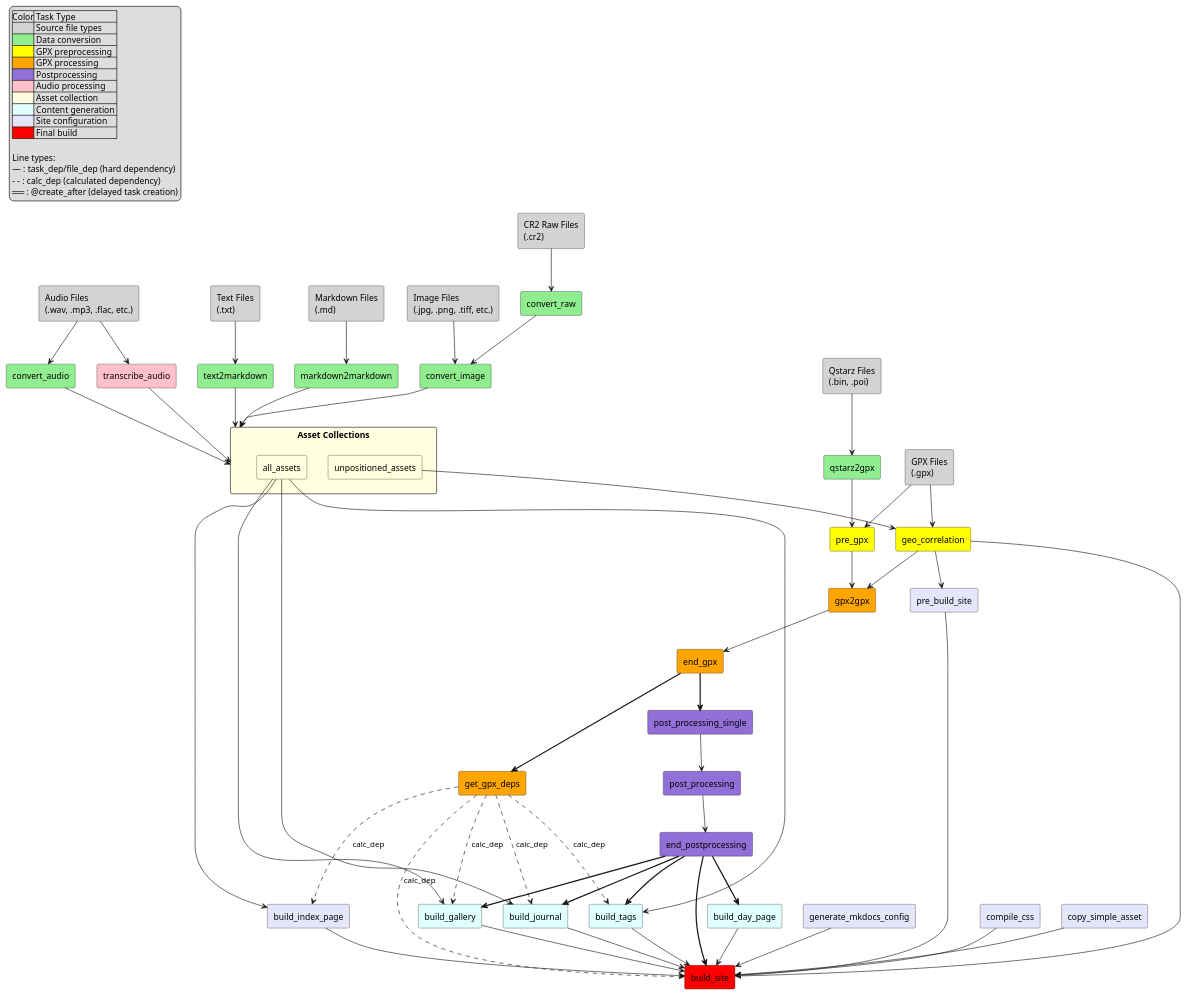
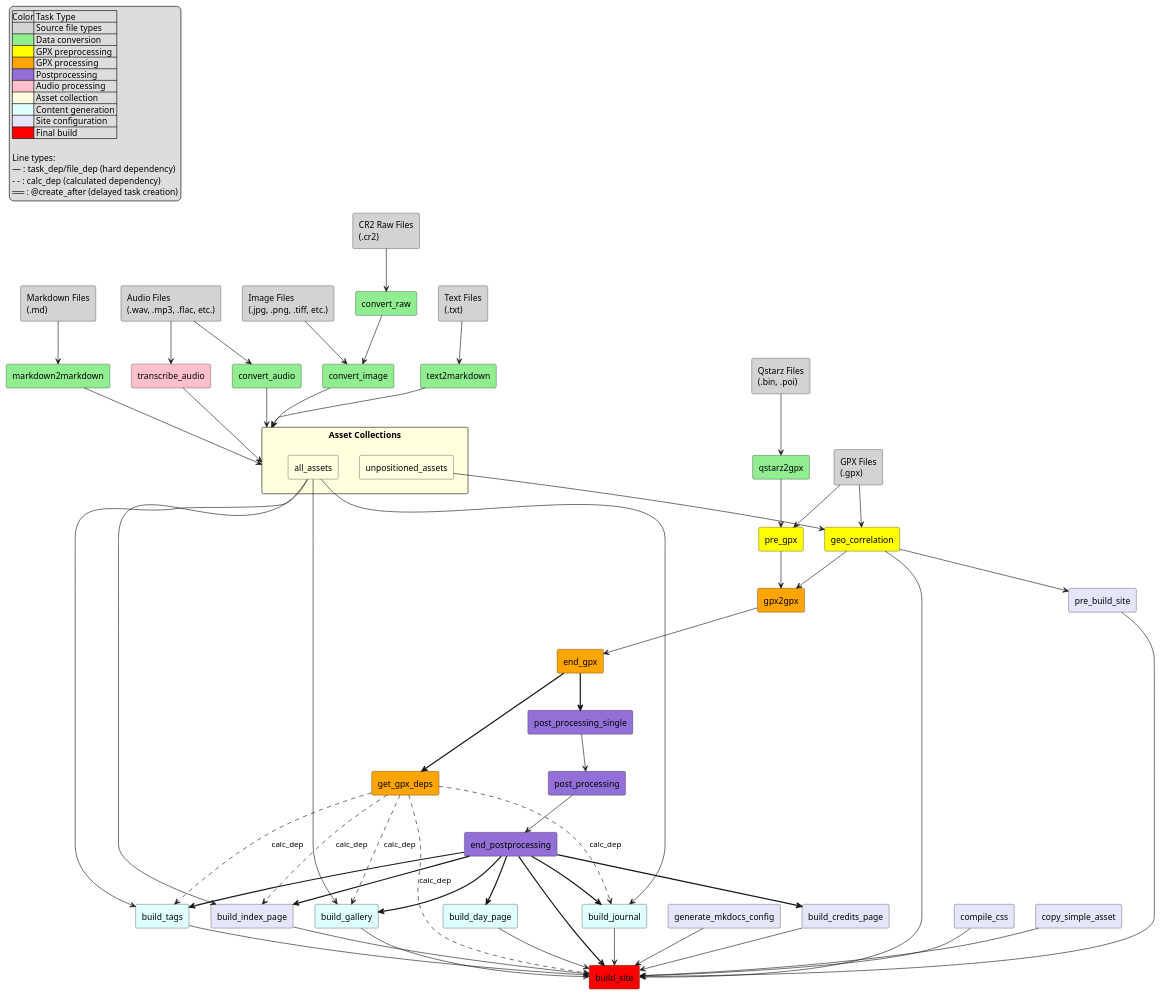
The diagram in docs/reference/task-dependencies.puml (bytehexe/mkmapdiary), drawn with PlantUML before and after one commit. The commit also changed 3 other files, not shown here.

First line of the commit message:
docs: document the credits config, module constraints, and task graph

```diff
--- a/docs/reference/task-dependencies.puml
+++ b/docs/reference/task-dependencies.puml
@@ -98,6 +98,7 @@
 ' Site building tasks
 rectangle "generate_mkdocs_config" as generate_mkdocs_config #lavender
 rectangle "build_index_page" as build_index_page #lavender
+rectangle "build_credits_page" as build_credits_page #lavender
 rectangle "compile_css" as compile_css #lavender
 rectangle "copy_simple_asset" as copy_simple_asset #lavender
 rectangle "pre_build_site" as pre_build_site #lavender
@@ -140,6 +141,8 @@
 end_postprocessing ==> build_gallery
 end_postprocessing ==> build_journal
 end_postprocessing ==> build_tags
+end_postprocessing ==> build_index_page
+end_postprocessing ==> build_credits_page
 end_postprocessing ==> build_site
 
 ' Asset dependencies (file_dep on all assets)
@@ -158,6 +161,7 @@
 
 ' Dependencies for build_site
 build_index_page --> build_site
+build_credits_page --> build_site
 generate_mkdocs_config --> build_site
 compile_css --> build_site
 copy_simple_asset --> build_site
```
